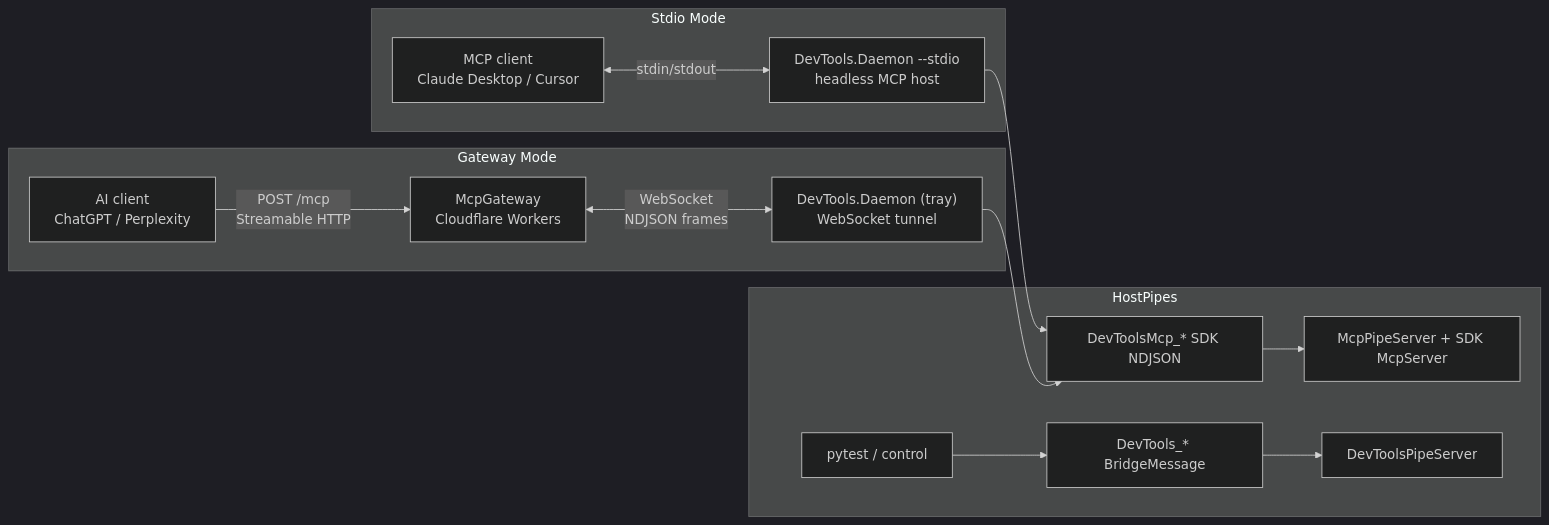
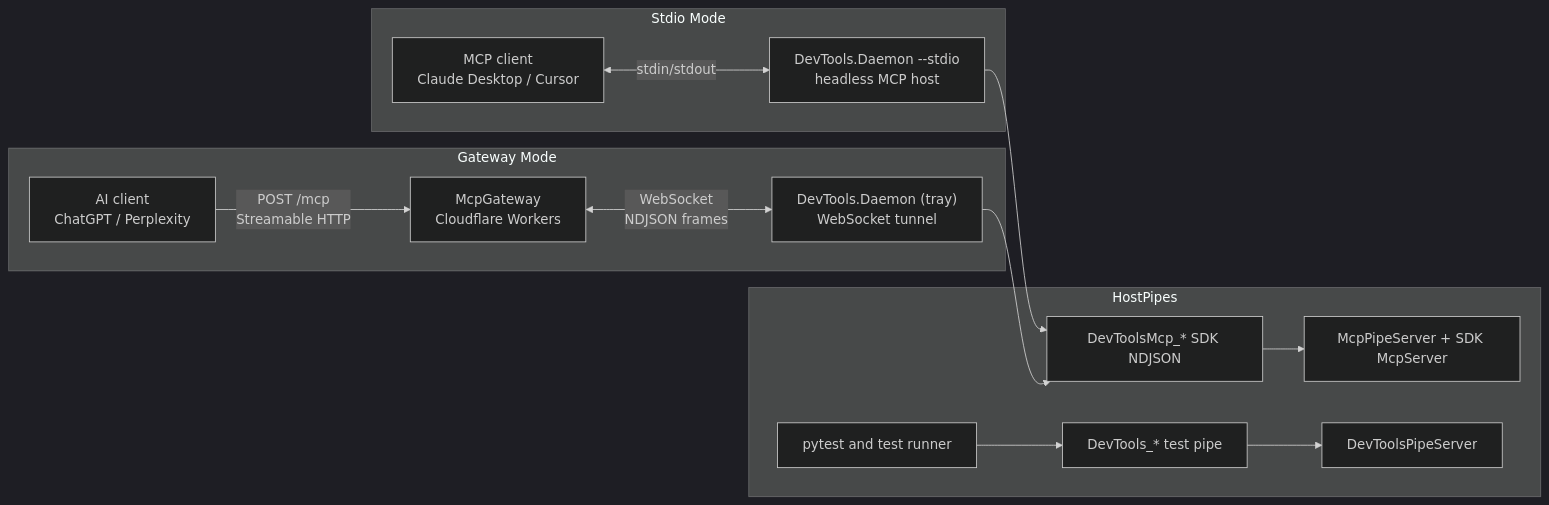
Before and after one commit to trgiangv/RevitDevTool: the diagram in docs/architecture/MCP/transport.md, drawn with Mermaid (dark theme). The commit also changed other lines of this file and 30 other files, not shown here.

First line of the commit message:
update(ipc): share pipe setup and send only control/sign_in

````diff
--- a/docs/architecture/MCP/transport.md
+++ b/docs/architecture/MCP/transport.md
@@ -6,24 +6,24 @@
 ```mermaid
 flowchart LR
     subgraph Stdio Mode
         Client1["MCP client<br/>Claude Desktop / Cursor"]
         Daemon1["DevTools.Daemon --stdio<br/>headless MCP host"]
         Client1 <-->|stdin/stdout| Daemon1
     end
 
     subgraph Gateway Mode
         Client2["AI client<br/>ChatGPT / Perplexity"]
         Gateway["McpGateway<br/>Cloudflare Workers"]
         Daemon2["DevTools.Daemon (tray)<br/>WebSocket tunnel"]
         Client2 -->|"POST /mcp<br/>Streamable HTTP"| Gateway
         Gateway <-->|"WebSocket<br/>NDJSON frames"| Daemon2
     end
 
     subgraph HostPipes
         Daemon1 --> McpPipe["DevToolsMcp_* SDK NDJSON"]
         Daemon2 --> McpPipe
-        PytestClient["pytest / control"] --> PytestPipe["DevTools_* BridgeMessage"]
+        PytestClient["pytest and test runner"] --> PytestPipe["DevTools_* test pipe"]
         McpPipe --> HostWire["McpPipeServer + SDK McpServer"]
         PytestPipe --> PytestServer["DevToolsPipeServer"]
     end
 ```
````
